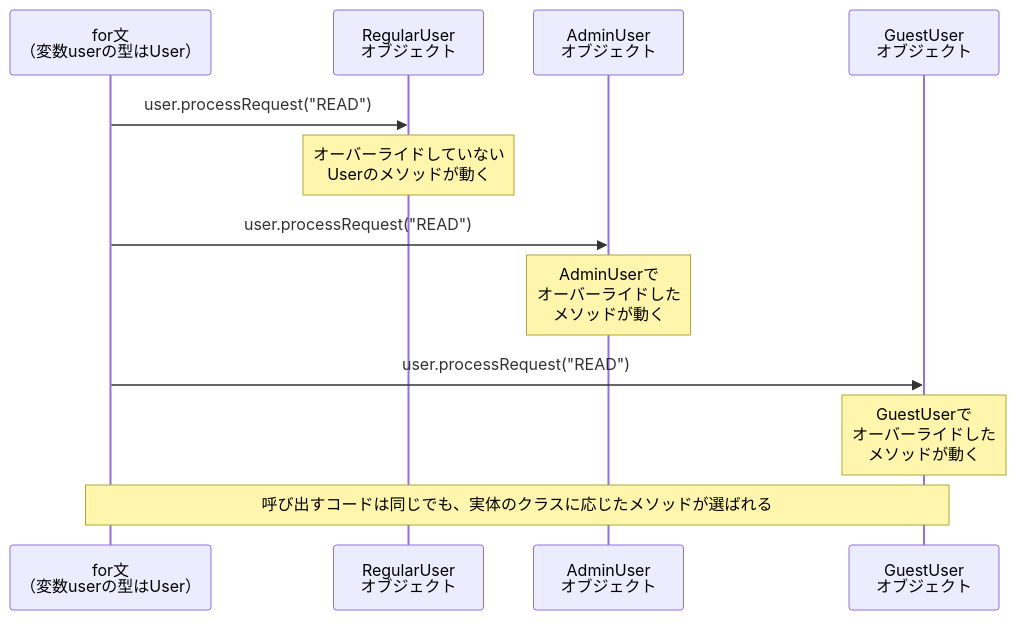
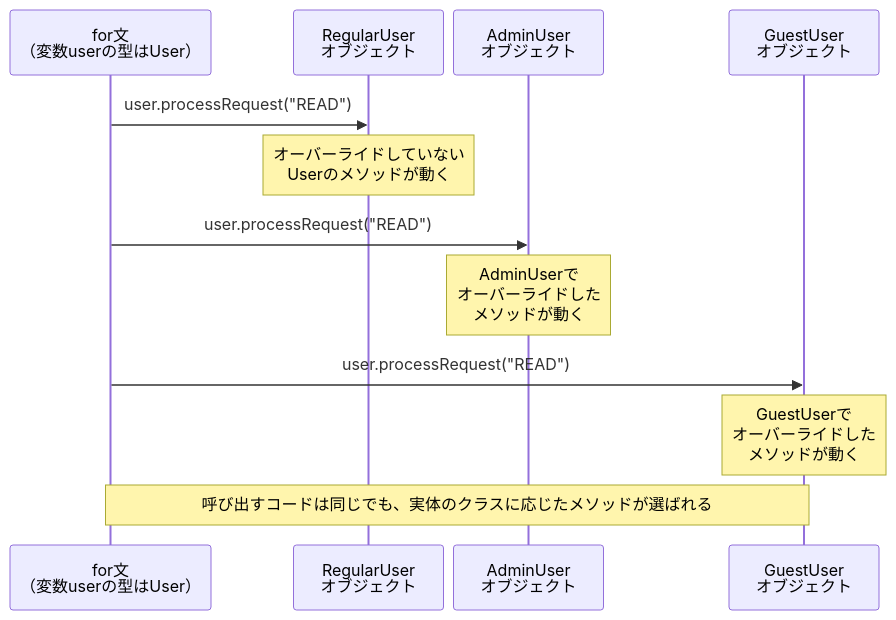
The diagram in docs/diagrams/chapter05-polymorphism.mmd (Nagatani/techbook-java-primer), drawn with Mermaid before and after one commit. The commit also changed 86 other files, not shown here.

First line of the commit message:
feat: 図の文字をBIZ UDPゴシックにする

```diff
--- a/docs/diagrams/chapter05-polymorphism.mmd
+++ b/docs/diagrams/chapter05-polymorphism.mmd
@@ -1,14 +1,19 @@
+---
+config:
+  sequence:
+    actorMargin: 10
+---
 sequenceDiagram
     participant F as for文<br/>（変数userの型はUser）
     participant R as RegularUser<br/>オブジェクト
     participant A as AdminUser<br/>オブジェクト
     participant G as GuestUser<br/>オブジェクト
 
     F->>R: user.processRequest("READ")
     Note over R: オーバーライドしていない<br/>Userのメソッドが動く
     F->>A: user.processRequest("READ")
     Note over A: AdminUserで<br/>オーバーライドした<br/>メソッドが動く
     F->>G: user.processRequest("READ")
     Note over G: GuestUserで<br/>オーバーライドした<br/>メソッドが動く
 
     Note over F,G: 呼び出すコードは同じでも、実体のクラスに応じたメソッドが選ばれる
```
